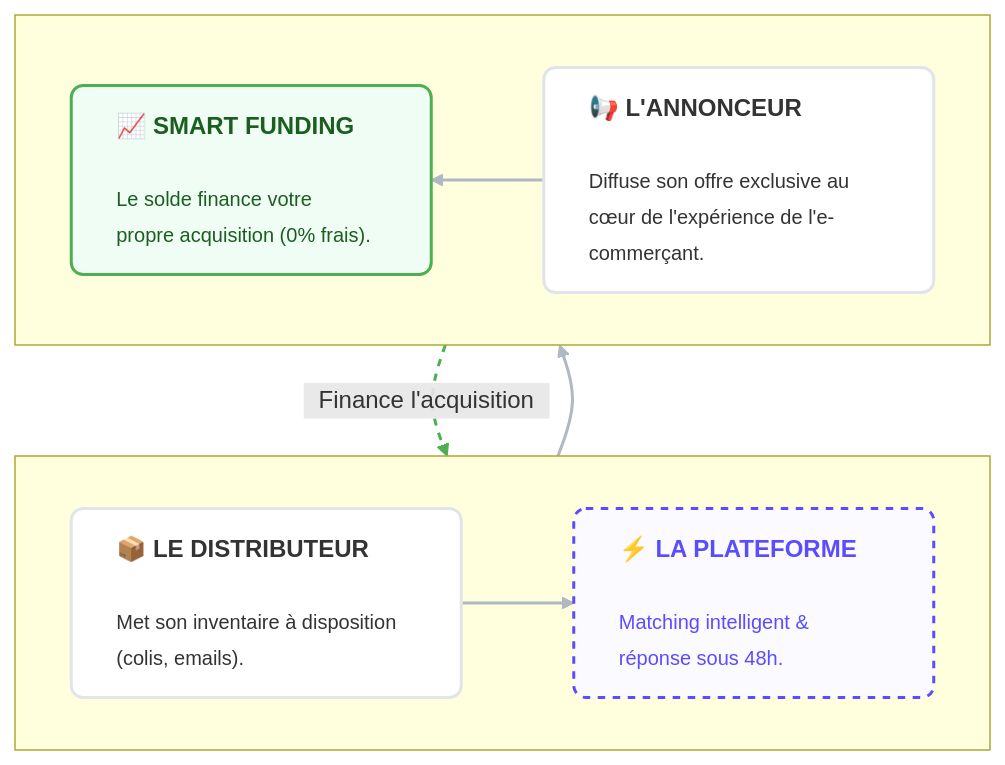
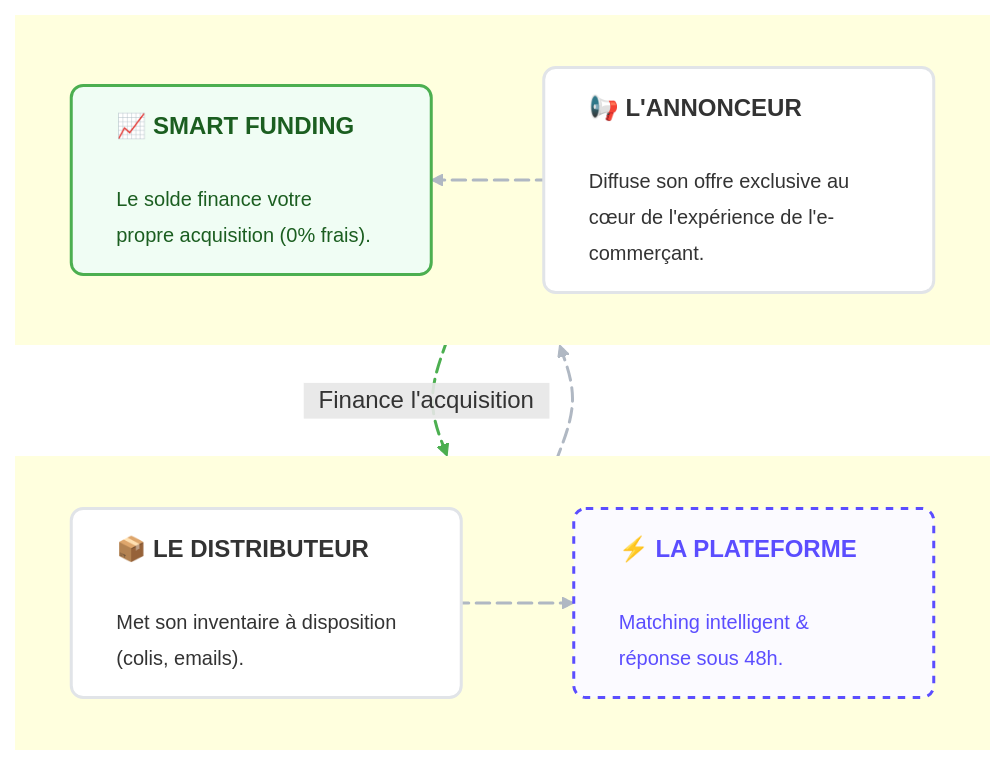
Before and after one commit to getinside-ops/handbook: the diagram in docs/fr/start-here/why-it-works.md, drawn with Mermaid. The commit also changed other lines of this file, not shown here.

Commit message:
update content

````diff
--- a/docs/fr/start-here/why-it-works.md
+++ b/docs/fr/start-here/why-it-works.md
@@ -16,41 +19,49 @@
-```mermaid
+<div class="mermaid">
 flowchart TD
     %% --- STYLES ---
     classDef defaultCard fill:#ffffff,stroke:#e1e4e8,stroke-width:2px,color:#333,rx:8,ry:8;
     classDef techCard fill:#fbfaff,stroke:#5B4DFF,stroke-width:2px,stroke-dasharray: 5 5,color:#5B4DFF,rx:8,ry:8;
     classDef growthCard fill:#f0fdf4,stroke:#4CAF50,stroke-width:2px,color:#1b5e20,rx:8,ry:8;
 
     %% --- CONTENU ---
     Node_Distri["<div style='text-align:left; min-width:180px'>📦 <b>LE DISTRIBUTEUR</b><br/><br/><small>Met son inventaire à disposition (colis, emails).<br/></small></div>"]
     Node_Plat["<div style='text-align:left; min-width:180px'>⚡ <b>LA PLATEFORME</b><br/><br/><small>Matching intelligent &<br/>réponse sous 48h.</small></div>"]
     Node_Adv["<div style='text-align:left; min-width:180px'>📢 <b>L'ANNONCEUR</b><br/><br/><small>Diffuse son offre exclusive au cœur de l'expérience de l'e-commerçant.<br/></small></div>"]
     Node_Fund["<div style='text-align:left; min-width:180px'>📈 <b>SMART FUNDING</b><br/><br/><small>Le solde finance votre<br/>propre acquisition (0% frais).</small></div>"]
 
     %% --- STRUCTURE ---
     subgraph Row1 [ ]
         direction LR
         Node_Distri --> Node_Plat
     end
 
     subgraph Row2 [ ]
         direction RL
         Node_Adv --> Node_Fund
     end
 
     Node_Plat --> Node_Adv
 
     %% --- LE LIEN MODIFIÉ ---
     %% On injecte du HTML ici pour le fond vert du texte
     Node_Fund -->|"<span style='background-color:#f0fdf4; color:#1b5e20; padding:5px 10px; border:1px solid #4CAF50; border-radius:12px;'>Finance l'acquisition</span>"| Node_Distri
 
     %% --- APPLICATION DES STYLES ---
     class Node_Distri,Node_Adv defaultCard;
     class Node_Plat techCard;
     class Node_Fund growthCard;
     
     %% Style par défaut (Gris)
     linkStyle 0,1,2 stroke:#b0b8c3,stroke-width:2px,fill:none;
 
     %% Style Spécifique pour le 4ème lien (Index 3) : VERT + POINTILLÉS
     linkStyle 3 stroke:#4CAF50,stroke-width:2px,stroke-dasharray: 5 5,fill:none;
-```
+    L_Node_Distri_Node_Plat_0@{ animation: slow } 
+    L_Node_Adv_Node_Fund_0@{ animation: slow } 
+    L_Node_Plat_Node_Adv_0@{ animation: slow } 
+    L_Node_Fund_Node_Distri_0@{ animation: slow }
+
+
+    style Row1 stroke:none
+    style Row2 stroke:none
+</div>
````
